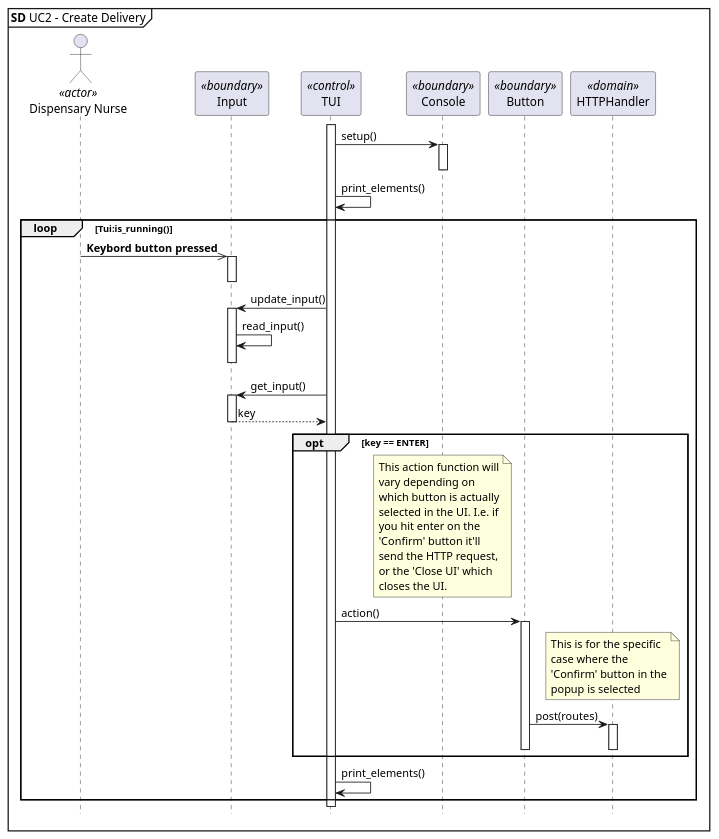
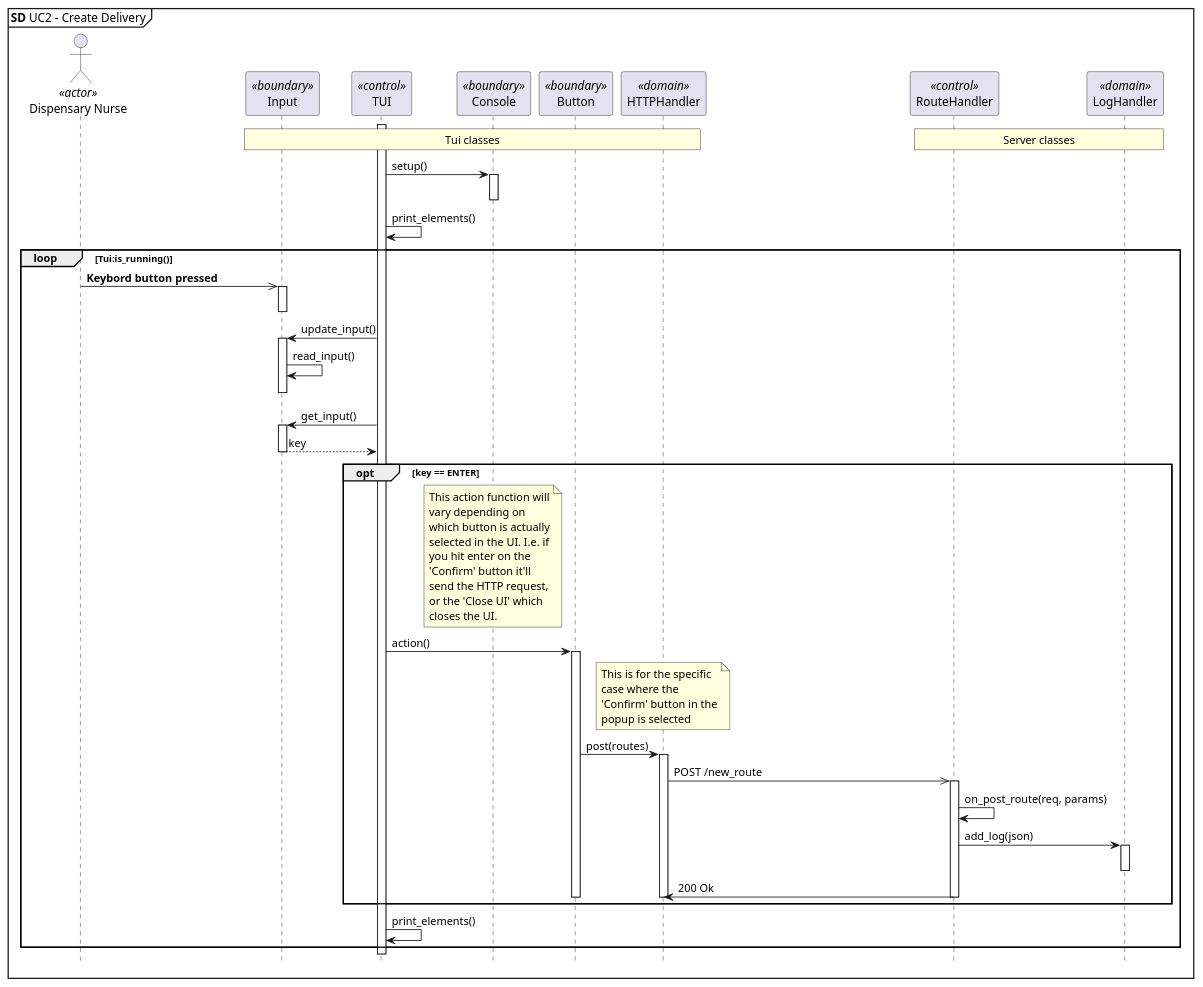
Before and after one commit to lineklemensen/PRJ3: the diagram in docs/diagrams/Plantuml/apModel/uc2sd-pc.puml, drawn with PlantUML.

Commit message:
Update UC2 sd with http

```diff
--- a/docs/diagrams/Plantuml/apModel/uc2sd-pc.puml
+++ b/docs/diagrams/Plantuml/apModel/uc2sd-pc.puml
@@ -1,58 +1,72 @@
 @startuml SD UC2 - Create Delivery - PC
 
 <style>
 note {
   MaximumWidth 150
 }
 </style>
 
 mainframe **SD** UC2 - Create Delivery
 hide footbox
 
 actor "Dispensary Nurse" as dn <<actor>>
 participant "Input" as in <<boundary>>
 participant "TUI" as tui <<control>>
 participant "Console" as cs <<boundary>>
 participant "Button" as b <<boundary>>
 'participant "TextElement" as te <<boundary>>
 'participant "StatefulButton" as sb <<boundary>>
 participant "HTTPHandler" as http <<domain>>
 
+participant RouteHandler as r <<control>>
+participant LogHandler as l <<domain>>
+
+rnote over in, http: Tui classes
+/ rnote over r, l: Server classes
+
 '1. TUI active/open TUI
-tui++ 
+tui++
 
 '2. TUI displays message and list of rooms
 tui -> cs : setup()
 
 '3.
 cs++
 cs--
 
 '5.
 tui -> tui: print_elements()
 
 '6.
 loop Tui:is_running()
-dn ->> in++ : **Keybord button pressed**
-in--
-tui -> in++ : update_input()
-in -> in : read_input()
-'extra hidden arrow for plantuml aligment
-in -[hidden]-> in
-in--
-tui -> in++ : get_input()
-in --> tui : key
-in--
-opt key == ENTER
-note over cs : This action function will vary depending on which button is actually selected in the UI. I.e. if you hit enter on the 'Confirm' button it'll send the HTTP request, or the 'Close UI' which closes the UI.
-tui -> b++ : action()
-note over http : This is for the specific case where the 'Confirm' button in the popup is selected
-b -> http++ : post(routes)
-http--
-b--
+  dn ->> in++ : **Keybord button pressed**
+  in--
+  tui -> in++ : update_input()
+  in -> in : read_input()
+  'extra hidden arrow for plantuml aligment
+  in -[hidden]-> in
+  in--
+  tui -> in++ : get_input()
+  in --> tui : key
+  in--
+  opt key == ENTER
+    note over cs : This action function will vary depending on which button is actually selected in the UI. I.e. if you hit enter on the 'Confirm' button it'll send the HTTP request, or the 'Close UI' which closes the UI.
+    tui -> b++ : action()
 
+    note over http : This is for the specific case where the 'Confirm' button in the popup is selected
+
+    b -> http++ : post(routes)
+    http ->>r++ : POST /new_route
+    r -> r : on_post_route(req, params)
+    r -> l++ : add_log(json)
+    l--
+    r -> http : 200 Ok
+    r--
+    http--
+    b--
+
+  end
+  tui -> tui : print_elements()
 end
-tui -> tui : print_elements()
-end 
 
 @enduml
```
